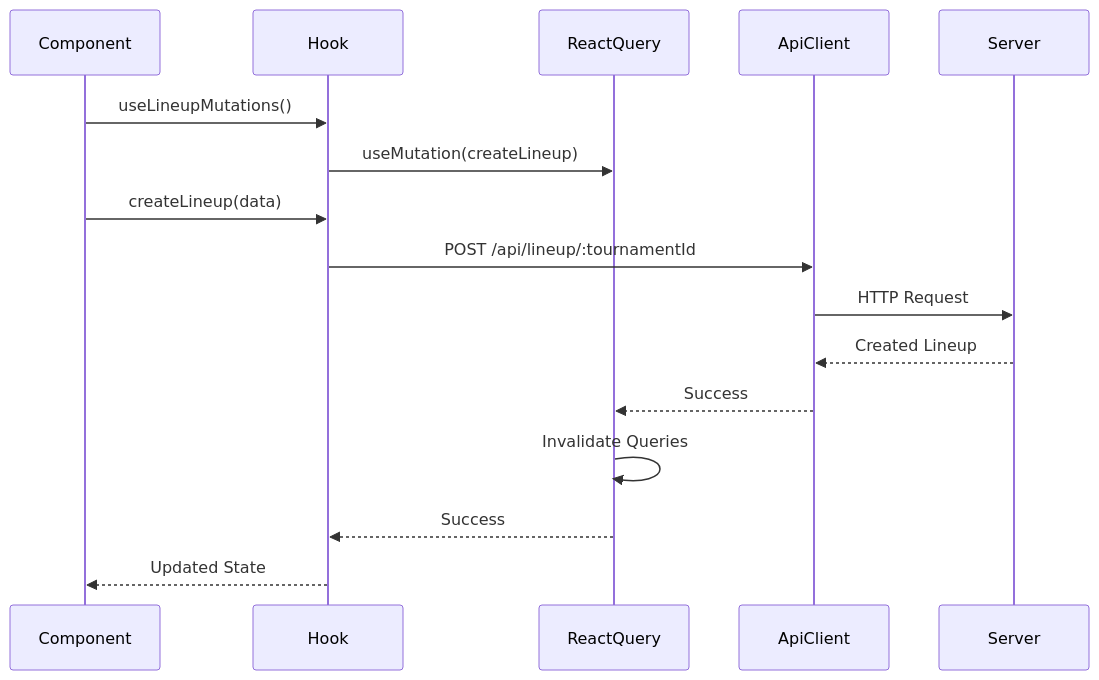
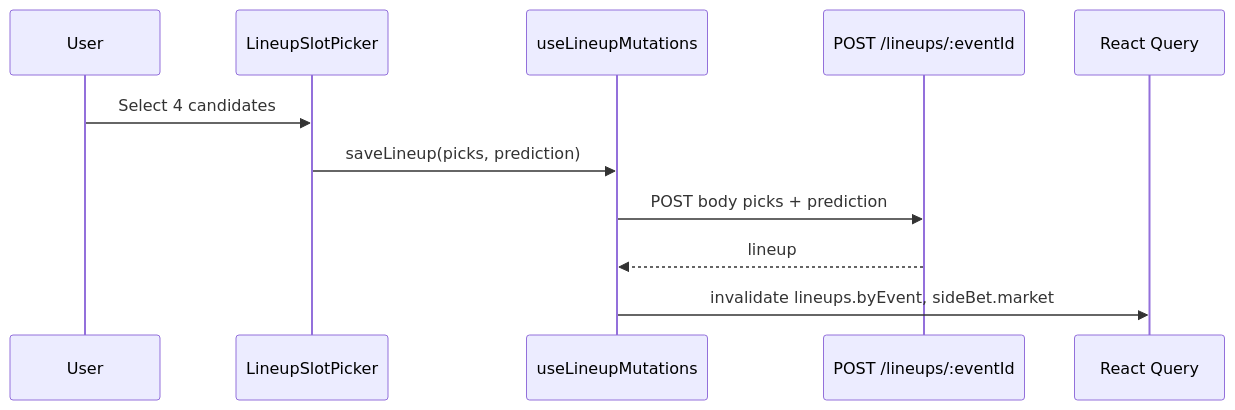
The second of 4 diagrams in spec/client/data-flow.md (MagRelo/cut), drawn with Mermaid before and after one commit. The commit also changed other lines of this file and 214 other files, not shown here.

First line of the commit message:
Refactor platform architecture and enhance contest functionality

````diff
--- a/spec/client/data-flow.md
+++ b/spec/client/data-flow.md
@@ -64,19 +62,14 @@
 ```mermaid
 sequenceDiagram
-    participant Component
-    participant Hook
-    participant ReactQuery
-    participant ApiClient
-    participant Server
-    
-    Component->>Hook: useLineupMutations()
-    Hook->>ReactQuery: useMutation(createLineup)
-    Component->>Hook: createLineup(data)
-    Hook->>ApiClient: POST /api/lineup/:tournamentId
-    ApiClient->>Server: HTTP Request
-    Server-->>ApiClient: Created Lineup
-    ApiClient-->>ReactQuery: Success
-    ReactQuery->>ReactQuery: Invalidate Queries
-    ReactQuery-->>Hook: Success
-    Hook-->>Component: Updated State
+  participant User
+  participant Picker as LineupSlotPicker
+  participant Hook as useLineupMutations
+  participant API as POST /lineups/:eventId
+  participant RQ as React Query
+
+  User->>Picker: Select 4 candidates
+  Picker->>Hook: saveLineup(picks, prediction)
+  Hook->>API: POST body picks + prediction
+  API-->>Hook: lineup
+  Hook->>RQ: invalidate lineups.byEvent, sideBet.market
 ```
````
